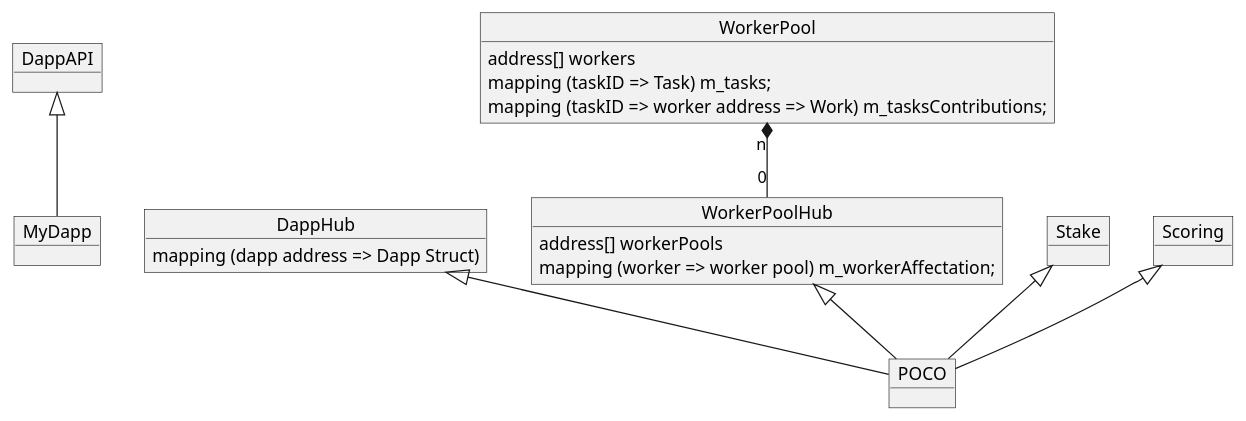
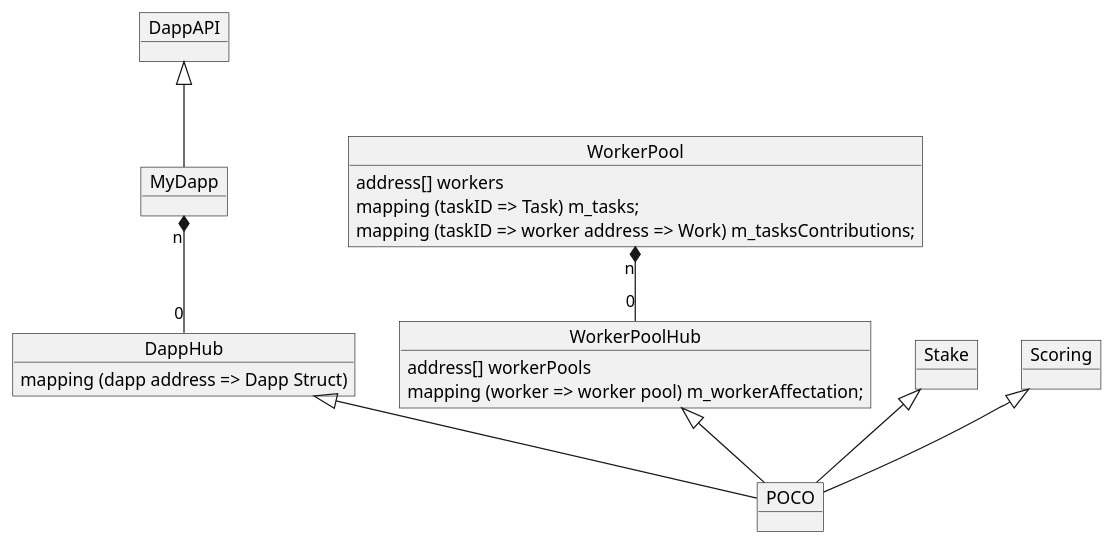
Before and after one commit to iExecBlockchainComputing/PoCo: the diagram in v2plan/contracts/V2Contracts.puml, drawn with PlantUML.

Commit message:
update shcemas

```diff
--- a/v2plan/contracts/V2Contracts.puml
+++ b/v2plan/contracts/V2Contracts.puml
@@ -1,31 +1,32 @@
 @startuml
 object DappAPI
 object MyDapp
 object DappHub {
   mapping (dapp address => Dapp Struct)
 }
 object WorkerPoolHub {
   address[] workerPools
   mapping (worker => worker pool) m_workerAffectation;
 }
 
 object Stake
 object Scoring
 object POCO
 object WorkerPool {
    address[] workers
    mapping (taskID => Task) m_tasks;
    mapping (taskID => worker address => Work) m_tasksContributions;
 }
 
 
 
 DappHub <|-- POCO
 WorkerPoolHub <|-- POCO
 Stake <|-- POCO
 Scoring <|-- POCO
 WorkerPool "n" *-- "0" WorkerPoolHub
 
 DappAPI <|-- MyDapp
+MyDapp "n" *-- "0" DappHub
 
 @enduml
```
